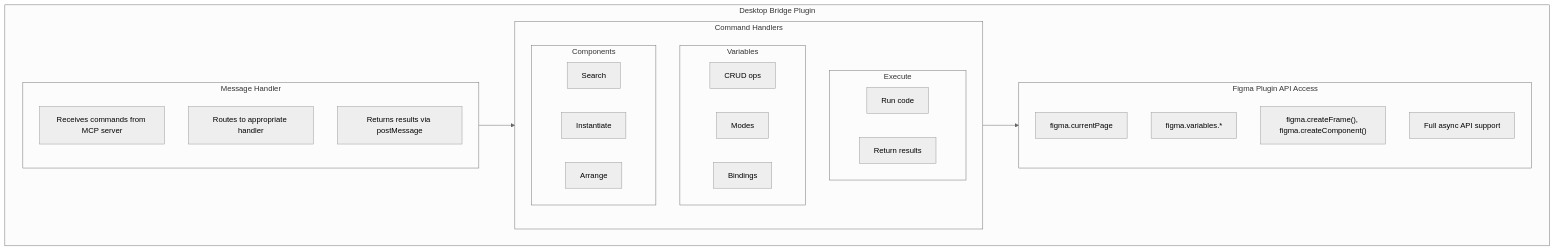
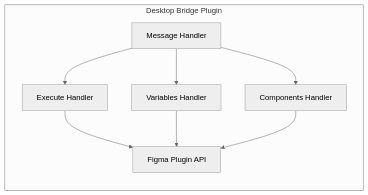
One commit to southleft/figma-console-mcp changed the third of 6 diagrams in docs/architecture.md. Above: the diagram before and after it, drawn with Mermaid (neutral theme). The commit also changed other lines of this file, not shown here.

First line of the commit message:
fix(docs): Simplify Mermaid diagrams to prevent text collisions

````diff
--- a/docs/architecture.md
+++ b/docs/architecture.md
@@ -160,37 +116,18 @@
 ```mermaid
-flowchart TB
+flowchart LR
     subgraph BRIDGE["Desktop Bridge Plugin"]
-        subgraph HANDLER["Message Handler"]
-            H1["Receives commands from MCP server"]
-            H2["Routes to appropriate handler"]
-            H3["Returns results via postMessage"]
-        end
+        direction TB
+        HANDLER["Message Handler"]
+        EXEC["Execute Handler"]
+        VARS["Variables Handler"]
+        COMP["Components Handler"]
+        API["Figma Plugin API"]
 
-        subgraph COMMANDS["Command Handlers"]
-            subgraph EXEC["Execute"]
-                E1["Run code"]
-                E2["Return results"]
-            end
-            subgraph VARS["Variables"]
-                V1["CRUD ops"]
-                V2["Modes"]
-                V3["Bindings"]
-            end
-            subgraph COMP["Components"]
-                C1["Search"]
-                C2["Instantiate"]
-                C3["Arrange"]
-            end
-        end
-
-        subgraph API["Figma Plugin API Access"]
-            A1["figma.currentPage"]
-            A2["figma.variables.*"]
-            A3["figma.createFrame(), figma.createComponent()"]
-            A4["Full async API support"]
-        end
-
-        HANDLER --> COMMANDS
-        COMMANDS --> API
+        HANDLER --> EXEC
+        HANDLER --> VARS
+        HANDLER --> COMP
+        EXEC --> API
+        VARS --> API
+        COMP --> API
     end
 ```
````
